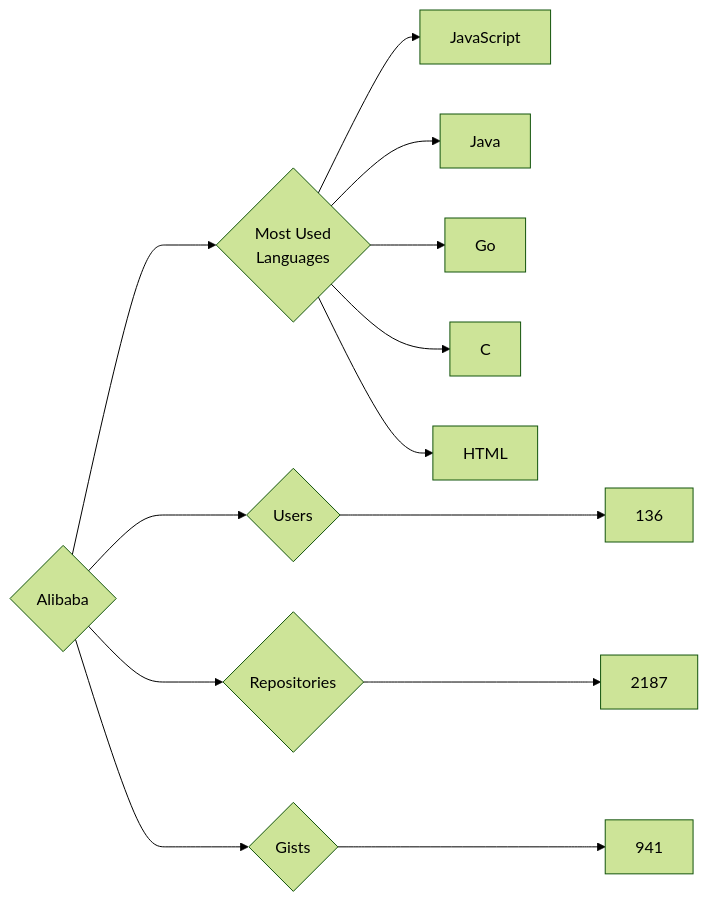
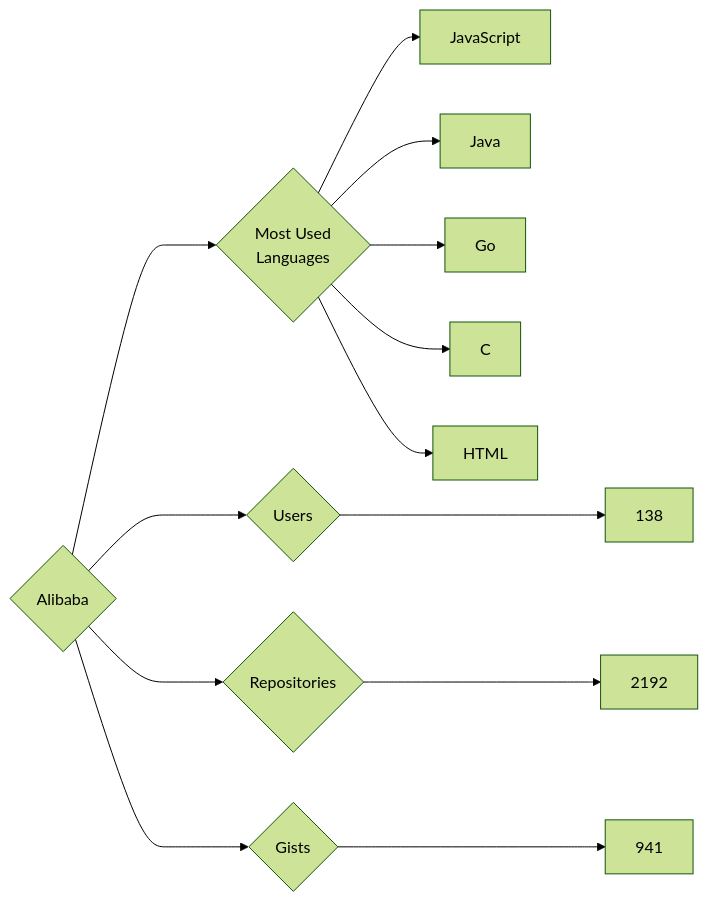
Before and after one commit to trickest/insiders: the diagram in targets/Alibaba/README.md, drawn with Mermaid (forest theme). The commit also changed 745 other files, not shown here.

````diff
--- a/targets/Alibaba/README.md
+++ b/targets/Alibaba/README.md
@@ -3,13 +3,13 @@
 ```mermaid
 graph LR
 COMPANY_NAME{Alibaba}
-COMPANY_NAME ---> U{Users} ---> UN[136]
-COMPANY_NAME ---> R{Repositories} ---> RN[2187]
+COMPANY_NAME ---> U{Users} ---> UN[138]
+COMPANY_NAME ---> R{Repositories} ---> RN[2192]
 COMPANY_NAME ---> G{Gists} ---> GN[941]
 COMPANY_NAME ---> ML{Most Used<br>Languages}
 ML --> JavaScript[JavaScript]
 ML --> Java[Java]
 ML --> Go[Go]
 ML --> C[C]
 ML --> HTML[HTML]
 ```
````
